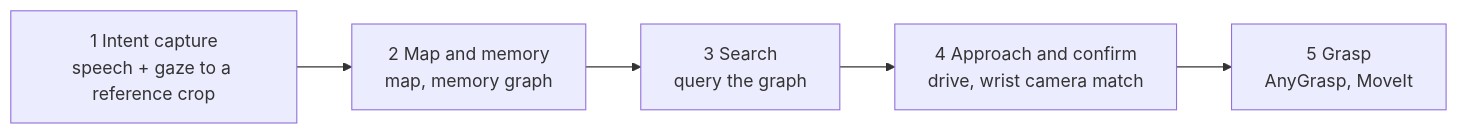
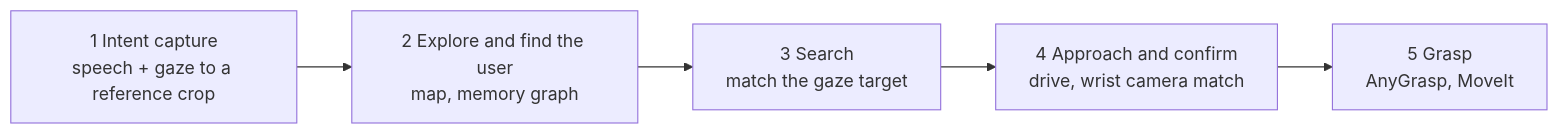
The first of 4 diagrams in docs/INTERIM_PRESENTATION_SLIDE_CONTENT_2026-10.md (dionyichia/Gappler), drawn with Mermaid before and after one commit. The commit also changed other lines of this file and 5 other files, not shown here.

````diff
--- a/docs/INTERIM_PRESENTATION_SLIDE_CONTENT_2026-10.md
+++ b/docs/INTERIM_PRESENTATION_SLIDE_CONTENT_2026-10.md
@@ -280,7 +288,7 @@
 ```mermaid
 flowchart LR
-  P1["1 Intent capture<br/>speech + gaze to a reference crop"] --> P2["2 Map and memory<br/>map, memory graph"]
-  P2 --> P3["3 Search<br/>query the graph"]
+  P1["1 Intent capture<br/>speech + gaze to a reference crop"] --> P2["2 Explore and find the user<br/>map, memory graph"]
+  P2 --> P3["3 Search<br/>match the gaze target"]
   P3 --> P4["4 Approach and confirm<br/>drive, wrist camera match"]
   P4 --> P5["5 Grasp<br/>AnyGrasp, MoveIt"]
 ```
````
